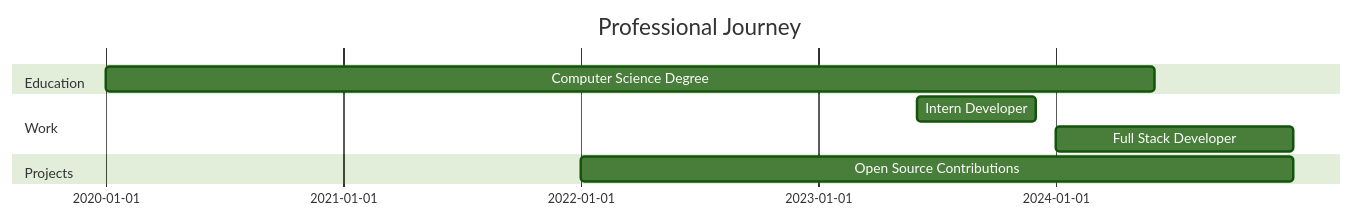
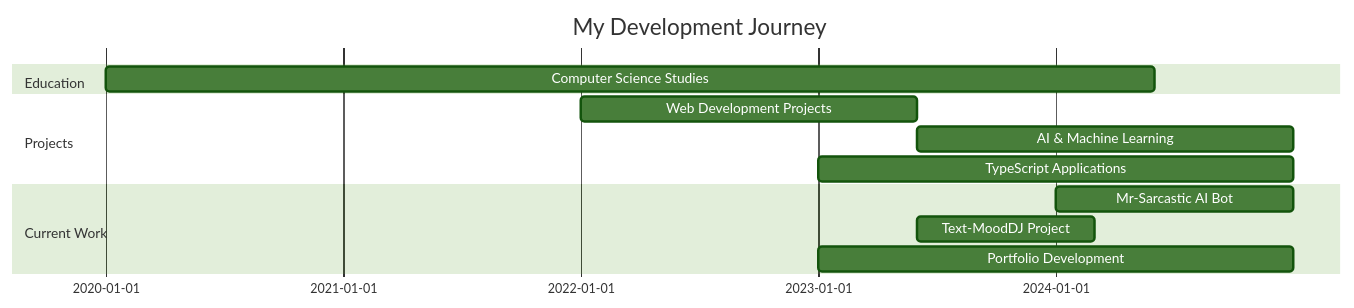
Before and after one commit to aryan1429/aryan1429: the diagram in README.md, drawn with Mermaid (forest theme). The commit also changed other lines of this file, not shown here.

````diff
--- a/README.md
+++ b/README.md
@@ -185,12 +225,15 @@
 ```mermaid
 gantt
-    title Professional Journey
+    title My Development Journey
     dateFormat  YYYY-MM-DD
     section Education
-    Computer Science Degree    :2020-01-01, 2024-06-01
-    section Work
-    Intern Developer          :2023-06-01, 2023-12-01
-    Full Stack Developer      :2024-01-01, 2024-12-31
+    Computer Science Studies    :2020-01-01, 2024-06-01
     section Projects
-    Open Source Contributions :2022-01-01, 2024-12-31
+    Web Development Projects     :2022-01-01, 2023-06-01
+    AI & Machine Learning        :2023-06-01, 2024-12-31
+    TypeScript Applications      :2023-01-01, 2024-12-31
+    section Current Work
+    Mr-Sarcastic AI Bot         :2024-01-01, 2024-12-31
+    Text-MoodDJ Project         :2023-06-01, 2024-03-01
+    Portfolio Development       :2023-01-01, 2024-12-31
 ```
````
